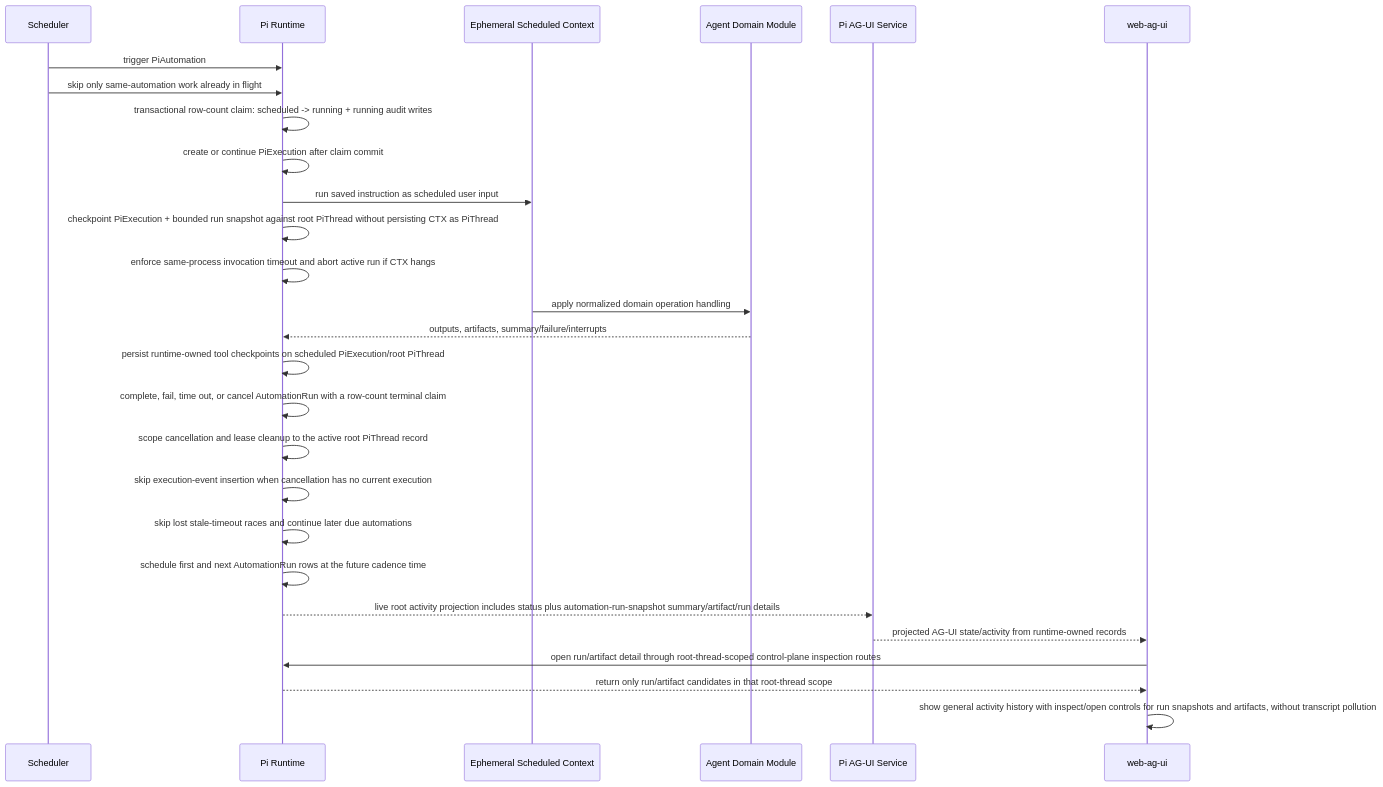
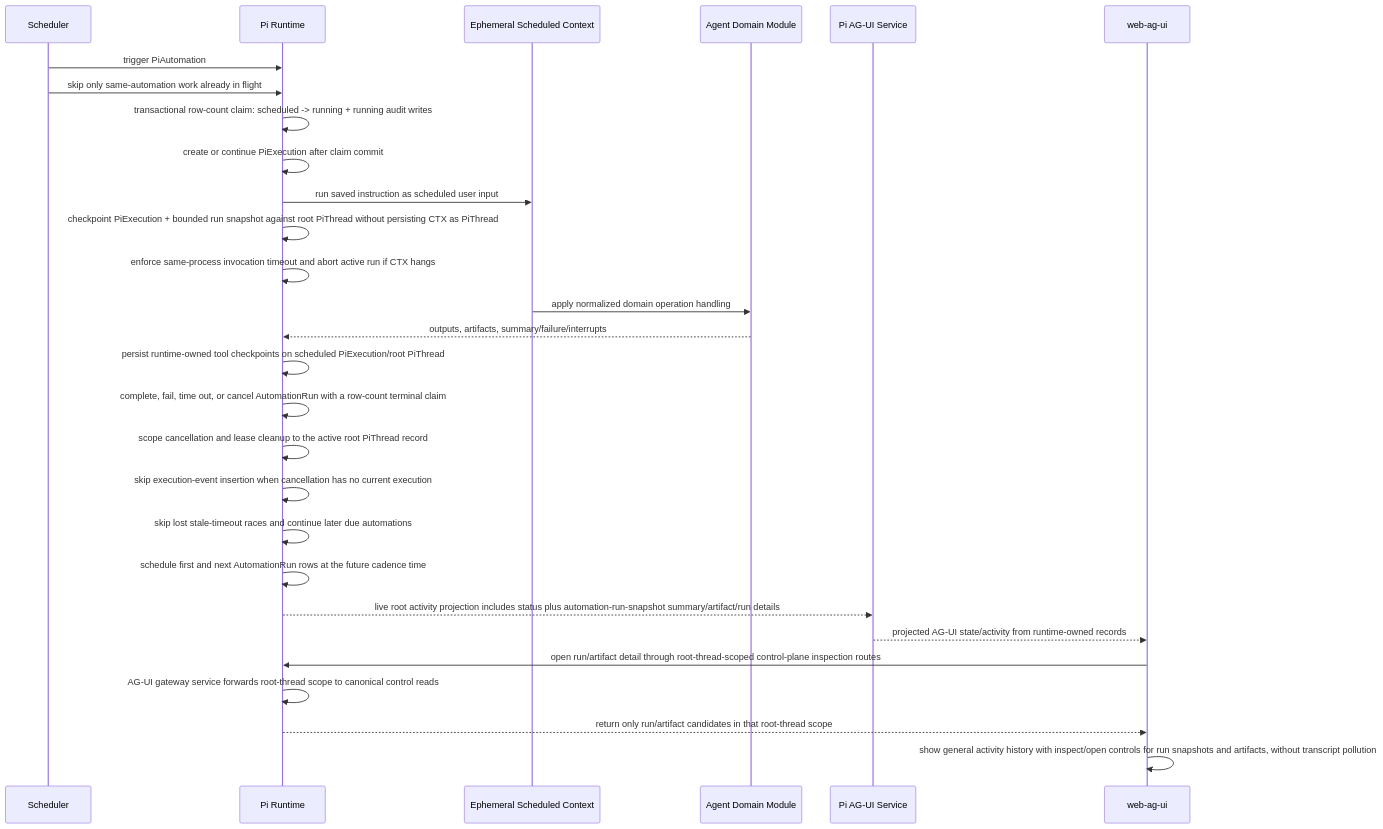
One commit to EmberAGI/arbitrum-vibekit changed the sixth of 7 diagrams in typescript/clients/web-ag-ui/docs/c4-pi-runtime-architecture-and-boundaries.md. Above: the diagram before and after it, drawn with Mermaid. The commit also changed 6 other files, not shown here.

Commit message:
fix(agent-runtime): scope automation control inspection

````diff
--- a/typescript/clients/web-ag-ui/docs/c4-pi-runtime-architecture-and-boundaries.md
+++ b/typescript/clients/web-ag-ui/docs/c4-pi-runtime-architecture-and-boundaries.md
@@ -339,30 +339,31 @@
 ```mermaid
 sequenceDiagram
   participant SCH as Scheduler
   participant RT as Pi Runtime
   participant CTX as Ephemeral Scheduled Context
   participant DM as Agent Domain Module
   participant AG as Pi AG-UI Service
   participant Web as web-ag-ui
 
   SCH->>RT: trigger PiAutomation
   SCH->>RT: skip only same-automation work already in flight
   RT->>RT: transactional row-count claim: scheduled -> running + running audit writes
   RT->>RT: create or continue PiExecution after claim commit
   RT->>CTX: run saved instruction as scheduled user input
   RT->>RT: checkpoint PiExecution + bounded run snapshot against root PiThread without persisting CTX as PiThread
   RT->>RT: enforce same-process invocation timeout and abort active run if CTX hangs
   CTX->>DM: apply normalized domain operation handling
   DM-->>RT: outputs, artifacts, summary/failure/interrupts
   RT->>RT: persist runtime-owned tool checkpoints on scheduled PiExecution/root PiThread
   RT->>RT: complete, fail, time out, or cancel AutomationRun with a row-count terminal claim
   RT->>RT: scope cancellation and lease cleanup to the active root PiThread record
   RT->>RT: skip execution-event insertion when cancellation has no current execution
   RT->>RT: skip lost stale-timeout races and continue later due automations
   RT->>RT: schedule first and next AutomationRun rows at the future cadence time
   RT-->>AG: live root activity projection includes status plus automation-run-snapshot summary/artifact/run details
   AG-->>Web: projected AG-UI state/activity from runtime-owned records
   Web->>RT: open run/artifact detail through root-thread-scoped control-plane inspection routes
+  RT->>RT: AG-UI gateway service forwards root-thread scope to canonical control reads
   RT-->>Web: return only run/artifact candidates in that root-thread scope
   Web->>Web: show general activity history with inspect/open controls for run snapshots and artifacts, without transcript pollution
 ```
````
